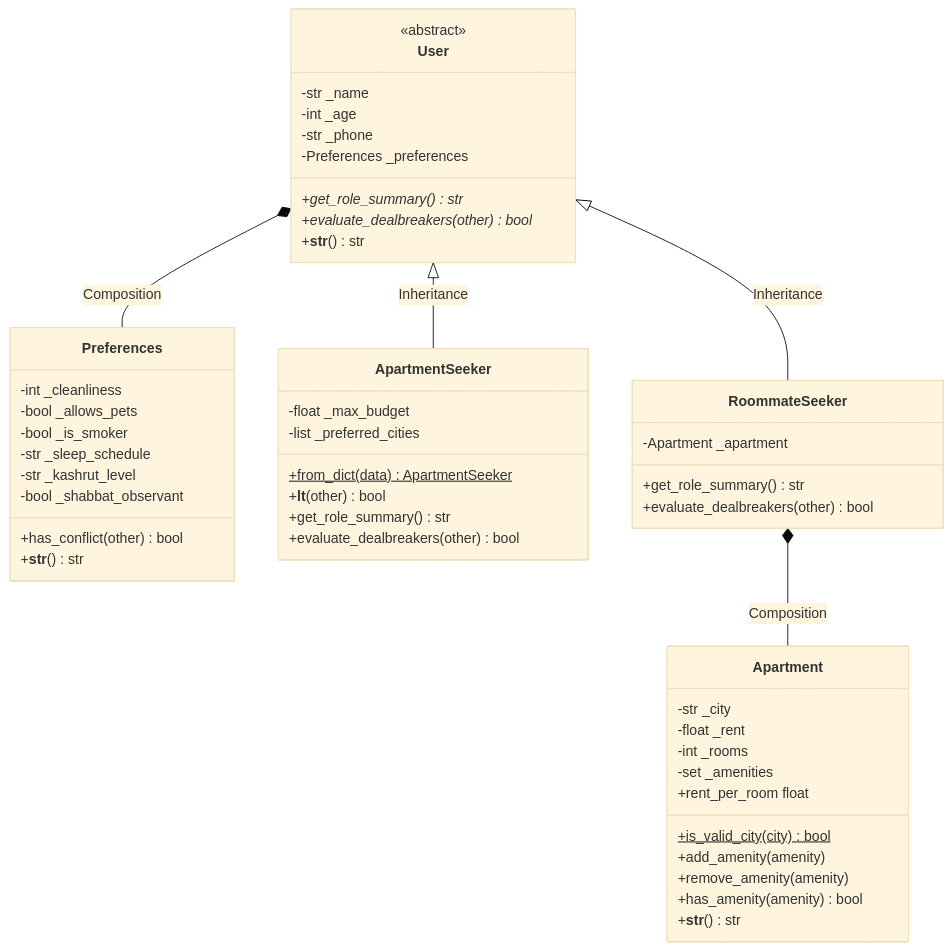
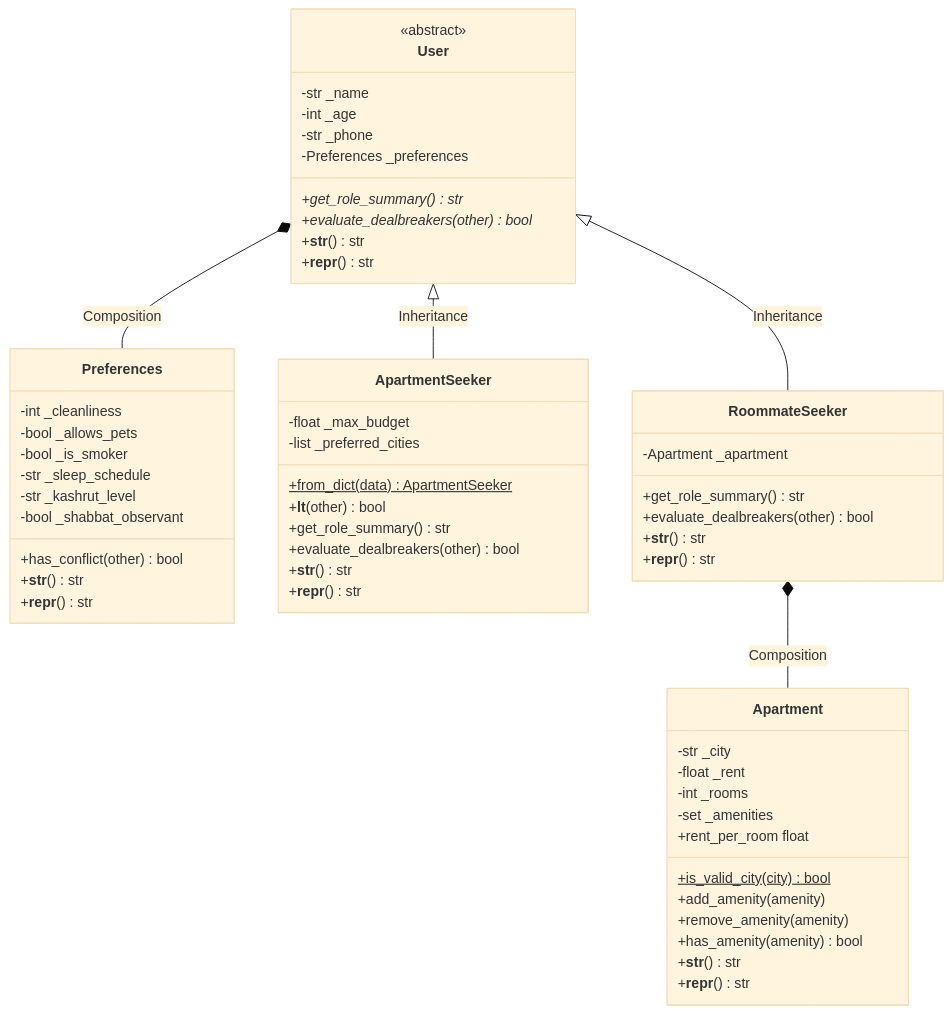
Before and after one commit to BeRussian/FlatMatch-Final_PROJECT: the first of 2 diagrams in MODELS_SUMMARY.md, drawn with Mermaid (base theme). The commit also changed other lines of this file and 5 other files, not shown here.

````diff
--- a/MODELS_SUMMARY.md
+++ b/MODELS_SUMMARY.md
@@ -13,59 +13,66 @@
 ```mermaid
 classDiagram
     direction TB
 
     class Preferences {
         -int _cleanliness
         -bool _allows_pets
         -bool _is_smoker
         -str _sleep_schedule
         -str _kashrut_level
         -bool _shabbat_observant
         +has_conflict(other) bool
         +__str__() str
+        +__repr__() str
     }
 
     class Apartment {
         -str _city
         -float _rent
         -int _rooms
         -set _amenities
         +rent_per_room float
         +is_valid_city(city)$ bool
         +add_amenity(amenity)
         +remove_amenity(amenity)
         +has_amenity(amenity) bool
         +__str__() str
+        +__repr__() str
     }
 
     class User {
         <<abstract>>
         -str _name
         -int _age
         -str _phone
         -Preferences _preferences
         +get_role_summary()* str
         +evaluate_dealbreakers(other)* bool
         +__str__() str
+        +__repr__() str
     }
 
     class ApartmentSeeker {
         -float _max_budget
         -list _preferred_cities
         +from_dict(data)$ ApartmentSeeker
         +__lt__(other) bool
         +get_role_summary() str
         +evaluate_dealbreakers(other) bool
+        +__str__() str
+        +__repr__() str
     }
 
     class RoommateSeeker {
         -Apartment _apartment
         +get_role_summary() str
         +evaluate_dealbreakers(other) bool
+        +__str__() str
+        +__repr__() str
     }
 
     User <|-- ApartmentSeeker : Inheritance
     User <|-- RoommateSeeker : Inheritance
     User *-- Preferences : Composition
     RoommateSeeker *-- Apartment : Composition
 ```
````
